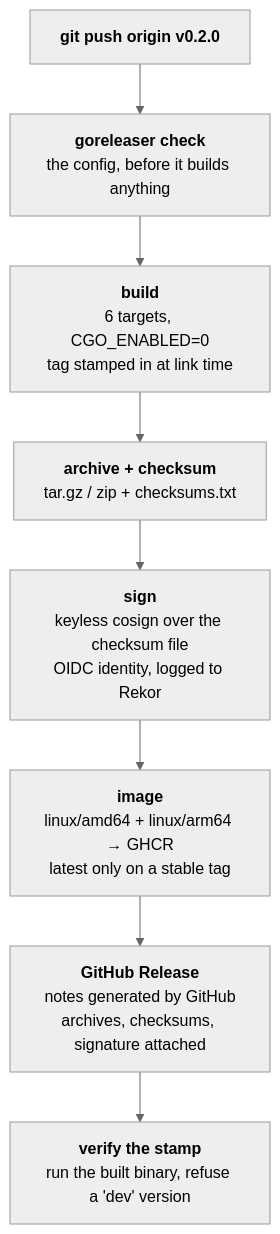
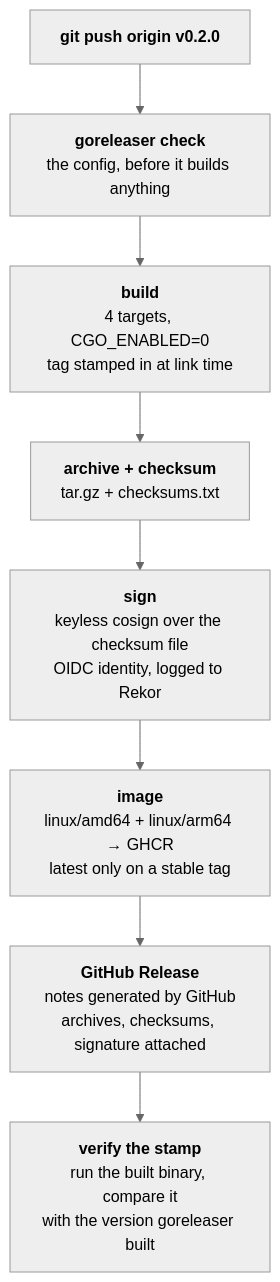
One commit to crewlet/crewlet changed the diagram in RELEASING.md. Above: the diagram before and after it, drawn with Mermaid (neutral theme). The commit also changed 2 other files, not shown here.

Commit message:
ci(release): correct the six-target and zip leftovers
The release builds four targets into tar.gz archives since Windows was
dropped, but three places still described the old matrix: the flow
diagram in RELEASING.md (6 targets, tar.gz / zip), the path comment in
release.yml (a six-target build) and the signing comment in
.goreleaser.yaml (one fetch instead of six). The snapshot job also
uploaded dist/*.zip, a pattern nothing produces any more.

The diagram's last step said the pipeline refuses a 'dev' version. It
compares the binary's version with the one goreleaser recorded, by
equality, and says so now.

````diff
--- a/RELEASING.md
+++ b/RELEASING.md
@@ -17,11 +17,11 @@
 ```mermaid
 flowchart TD
     T["<b>git push origin v0.2.0</b>"] --> C
     C["<b>goreleaser check</b><br/>the config, before it builds anything"] --> B
-    B["<b>build</b><br/>6 targets, CGO_ENABLED=0<br/>tag stamped in at link time"] --> A
-    A["<b>archive + checksum</b><br/>tar.gz / zip + checksums.txt"] --> S
+    B["<b>build</b><br/>4 targets, CGO_ENABLED=0<br/>tag stamped in at link time"] --> A
+    A["<b>archive + checksum</b><br/>tar.gz + checksums.txt"] --> S
     S["<b>sign</b><br/>keyless cosign over the checksum file<br/>OIDC identity, logged to Rekor"] --> I
     I["<b>image</b><br/>linux/amd64 + linux/arm64 → GHCR<br/>latest only on a stable tag"] --> R
     R["<b>GitHub Release</b><br/>notes generated by GitHub<br/>archives, checksums, signature attached"] --> V
-    V["<b>verify the stamp</b><br/>run the built binary, refuse a 'dev' version"]
+    V["<b>verify the stamp</b><br/>run the built binary, compare it<br/>with the version goreleaser built"]
 ```
````
